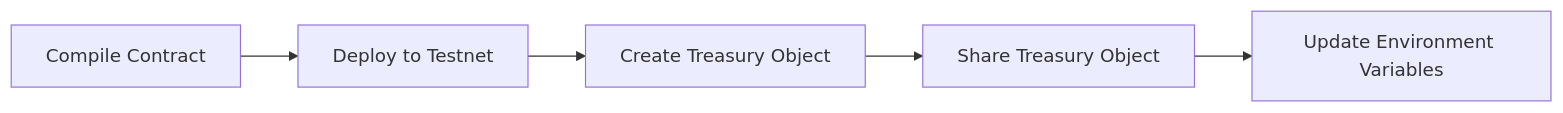
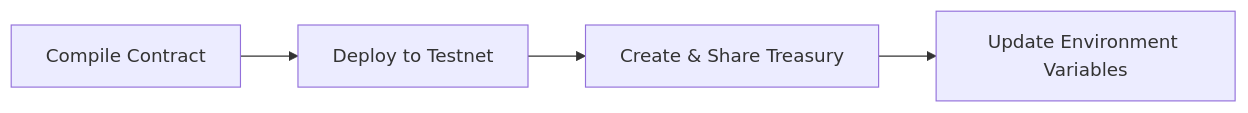
The eighth of 11 diagrams in README.md (AmaanSayyad/Overflow), drawn with Mermaid before and after one commit. The commit also changed other lines of this file, not shown here.

````diff
--- a/README.md
+++ b/README.md
@@ -619,7 +628,6 @@
 ```mermaid
 graph LR
     A[Compile Contract] --> B[Deploy to Testnet]
-    B --> C[Create Treasury Object]
-    C --> D[Share Treasury Object]
-    D --> E[Update Environment Variables]
+    B --> C[Create & Share Treasury]
+    C --> D[Update Environment Variables]
 ```
````
